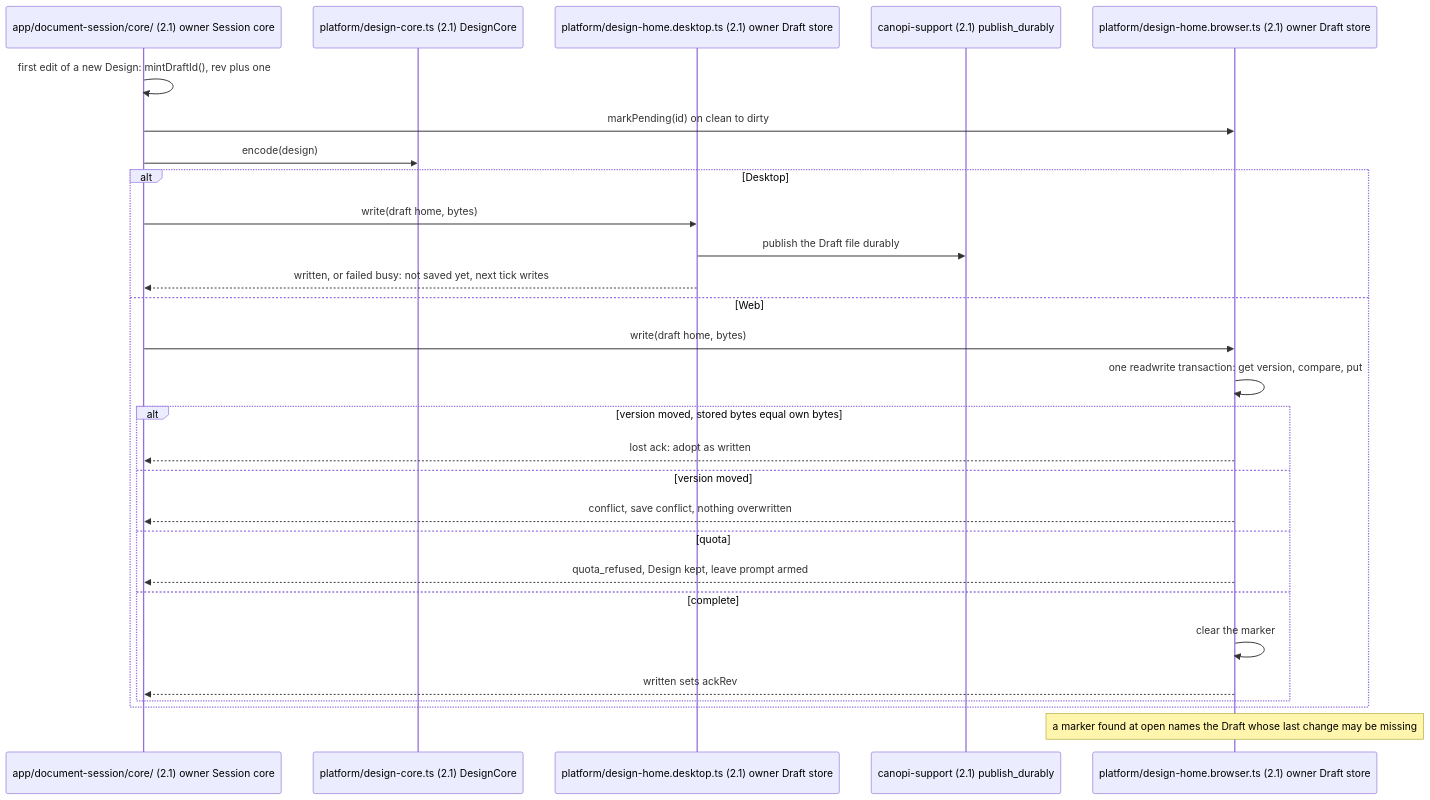
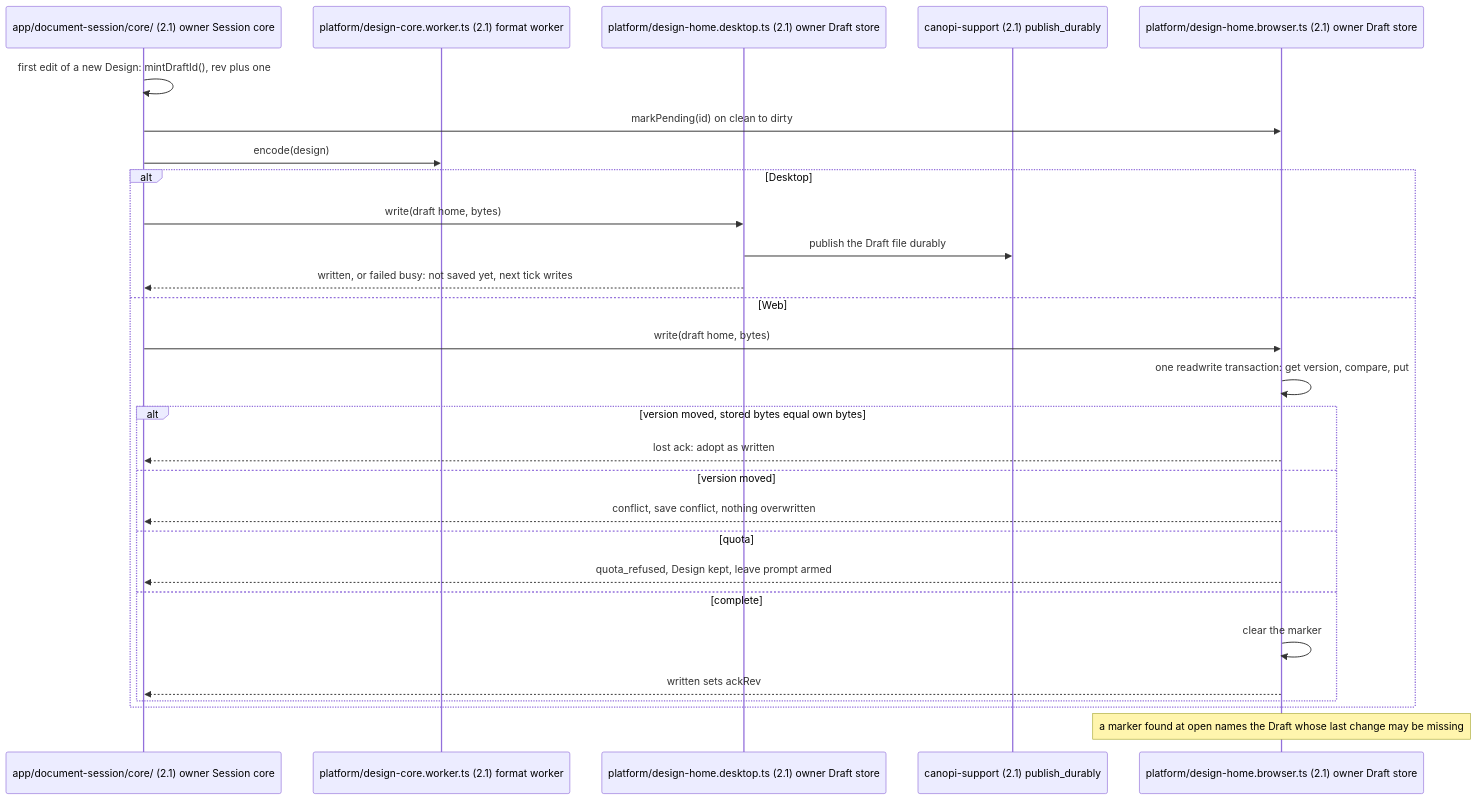
One commit to opencanopi/canopi changed the third of 6 diagrams in docs/architecture/flows-document.md. Above: the diagram before and after it, drawn with Mermaid. The commit also changed other lines of this file and 27 other files, not shown here.

Commit message:
docs: state the prototype outcomes in the architecture model and link it from AGENTS.md

````diff
--- a/docs/architecture/flows-document.md
+++ b/docs/architecture/flows-document.md
@@ -97,30 +99,30 @@
 ```mermaid
 sequenceDiagram
   participant Core as app/document-session/core/ (2.1) owner Session core
-  participant Fmt as platform/design-core.ts (2.1) DesignCore
+  participant Fmt as platform/design-core.worker.ts (2.1) format worker
   participant DH as platform/design-home.desktop.ts (2.1) owner Draft store
   participant Dur as canopi-support (2.1) publish_durably
   participant WH as platform/design-home.browser.ts (2.1) owner Draft store
   Core->>Core: first edit of a new Design: mintDraftId(), rev plus one
   Core->>WH: markPending(id) on clean to dirty
   Core->>Fmt: encode(design)
   alt Desktop
     Core->>DH: write(draft home, bytes)
     DH->>Dur: publish the Draft file durably
     DH-->>Core: written, or failed busy: not saved yet, next tick writes
   else Web
     Core->>WH: write(draft home, bytes)
     WH->>WH: one readwrite transaction: get version, compare, put
     alt version moved, stored bytes equal own bytes
       WH-->>Core: lost ack: adopt as written
     else version moved
       WH-->>Core: conflict, save conflict, nothing overwritten
     else quota
       WH-->>Core: quota_refused, Design kept, leave prompt armed
     else complete
       WH->>WH: clear the marker
       WH-->>Core: written sets ackRev
     end
   end
   Note over WH: a marker found at open names the Draft whose last change may be missing
 ```
````
